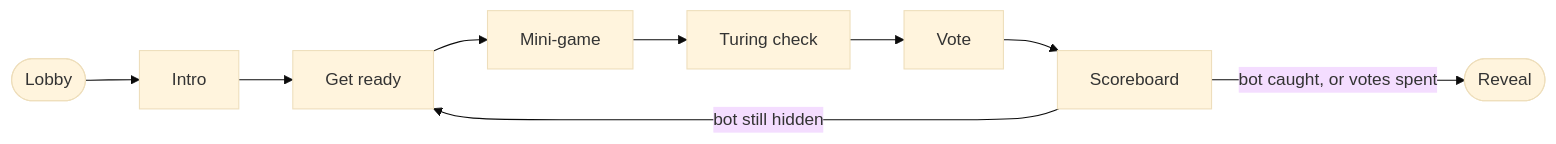
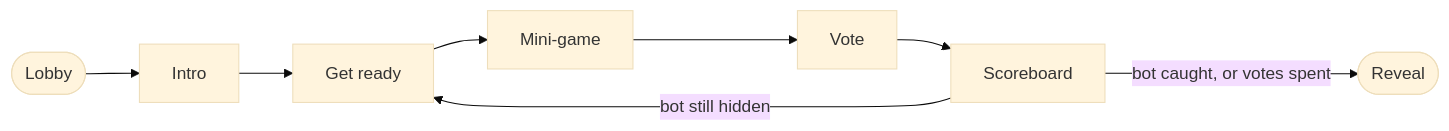
Before and after one commit to bizzarethought/Intrusion: the diagram in README.md, drawn with Mermaid (base theme). The commit also changed other lines of this file and 61 other files, not shown here.

````diff
--- a/README.md
+++ b/README.md
@@ -75,6 +75,6 @@
 ```mermaid
 flowchart LR
-    L([Lobby]) --> I[Intro] --> R[Get ready] --> M[Mini-game] --> T[Turing check] --> V[Vote] --> S[Scoreboard]
+    L([Lobby]) --> I[Intro] --> R[Get ready] --> M[Mini-game] --> V[Vote] --> S[Scoreboard]
     S -->|bot still hidden| R
     S -->|bot caught, or votes spent| X([Reveal])
 ```
````
